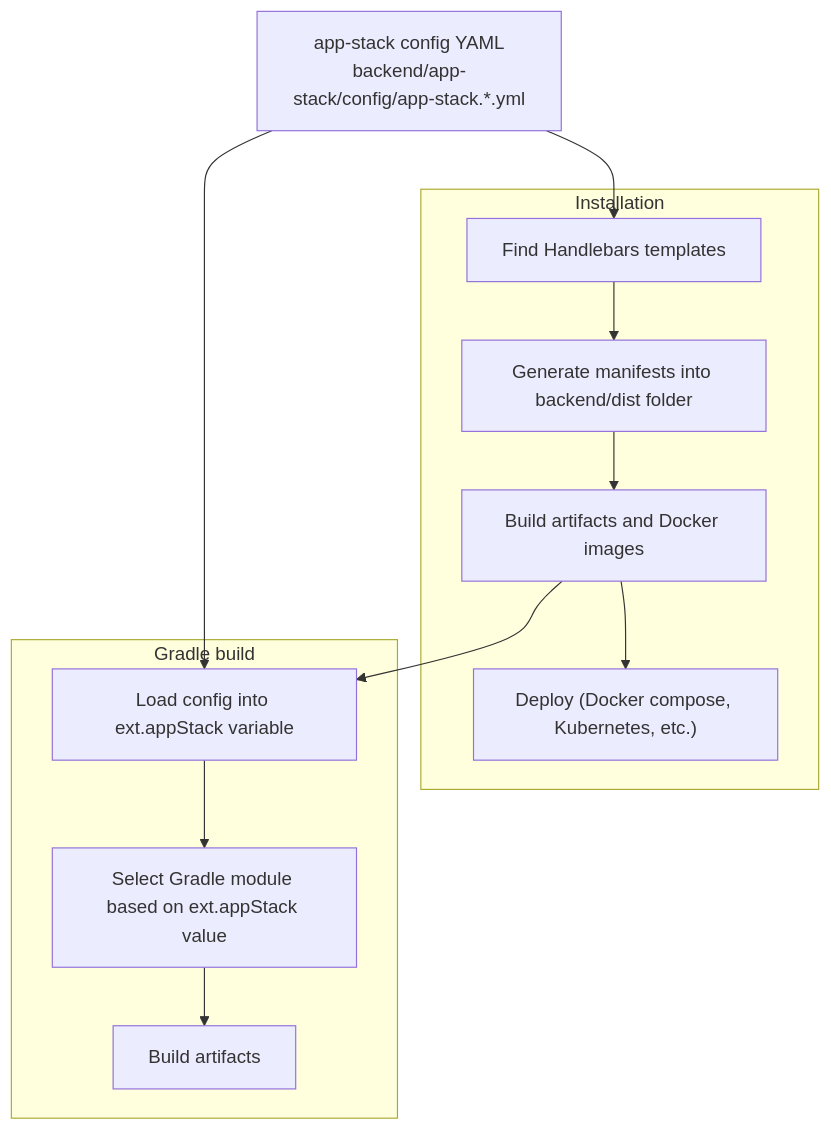
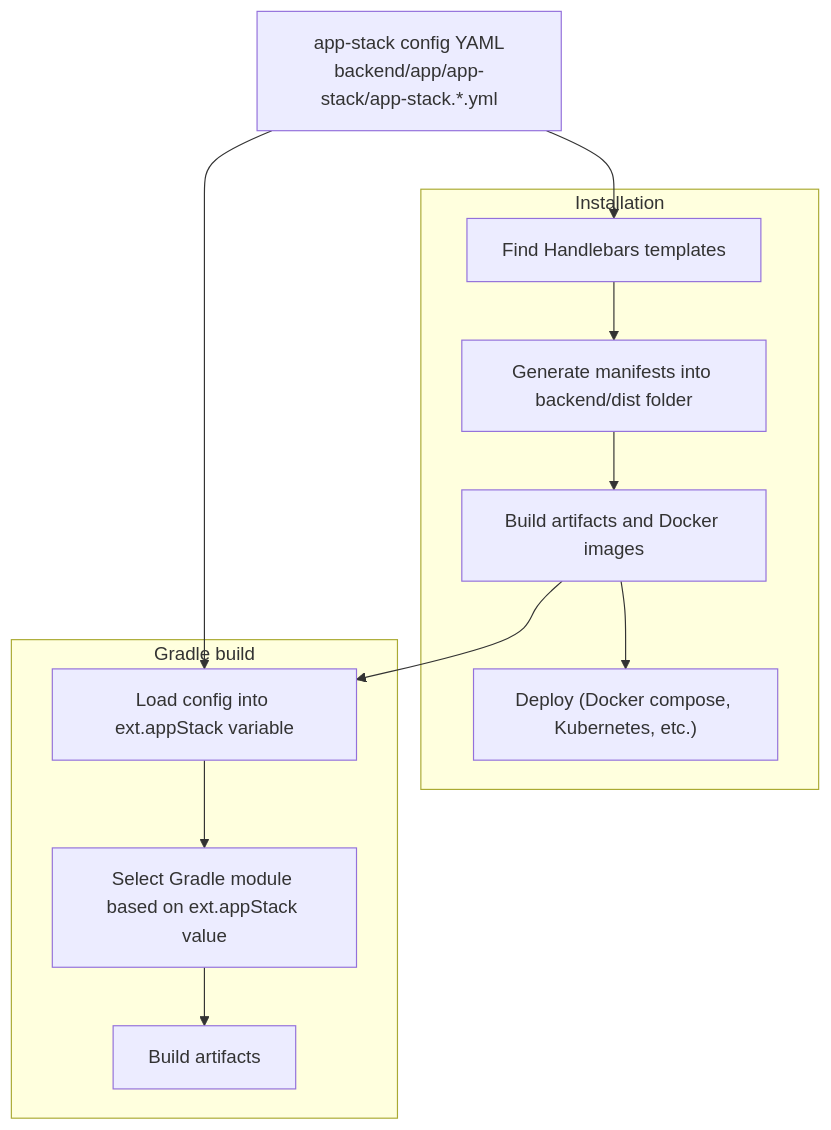
One commit to atlashk/atlas changed the first of 2 diagrams in README.md. Above: the diagram before and after it, drawn with Mermaid. The commit also changed other lines of this file, not shown here.

````diff
--- a/README.md
+++ b/README.md
@@ -246,28 +261,28 @@
 ```mermaid
 flowchart TB
-  CFG["app-stack config YAML<br/>backend/app-stack/config/app-stack.*.yml"]
+  CFG["app-stack config YAML<br/>backend/app/app-stack/app-stack.*.yml"]
 
   subgraph Installation["Installation"]
     INST_TPL["Find Handlebars templates"]
     INST_GEN["Generate manifests into backend/dist folder"]
     INST_BUILD["Build artifacts and Docker images"]
     INST_DEPLOY["Deploy (Docker compose, Kubernetes, etc.)"]
 
     INST_TPL --> INST_GEN
     INST_GEN --> INST_BUILD
     INST_BUILD --> INST_DEPLOY
   end
 
   subgraph Build["Gradle build"]
     GRADLE["Load config into ext.appStack variable"]
     SELECT["Select Gradle module based on ext.appStack value"]
     ARTIFACTS["Build artifacts"]
 
     GRADLE --> SELECT
     SELECT --> ARTIFACTS
   end
 
   CFG --> GRADLE
   CFG --> INST_TPL
   INST_BUILD --> GRADLE
 ```
````
